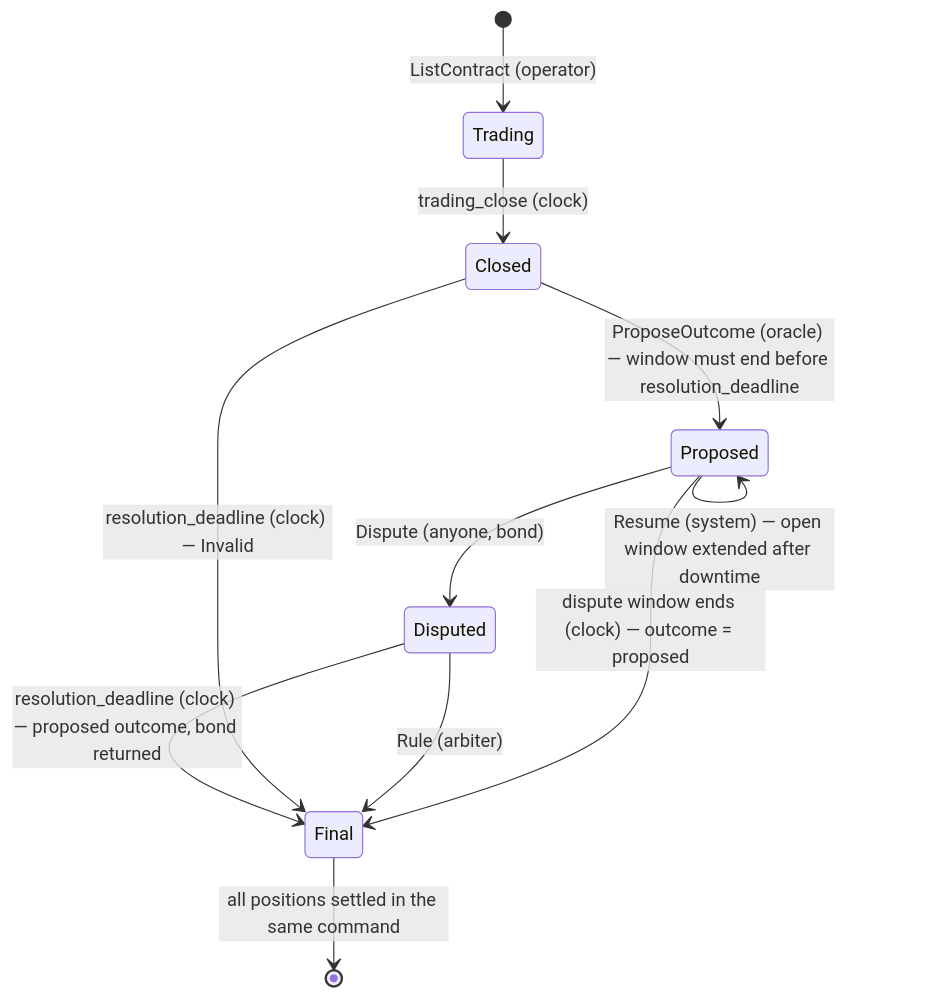
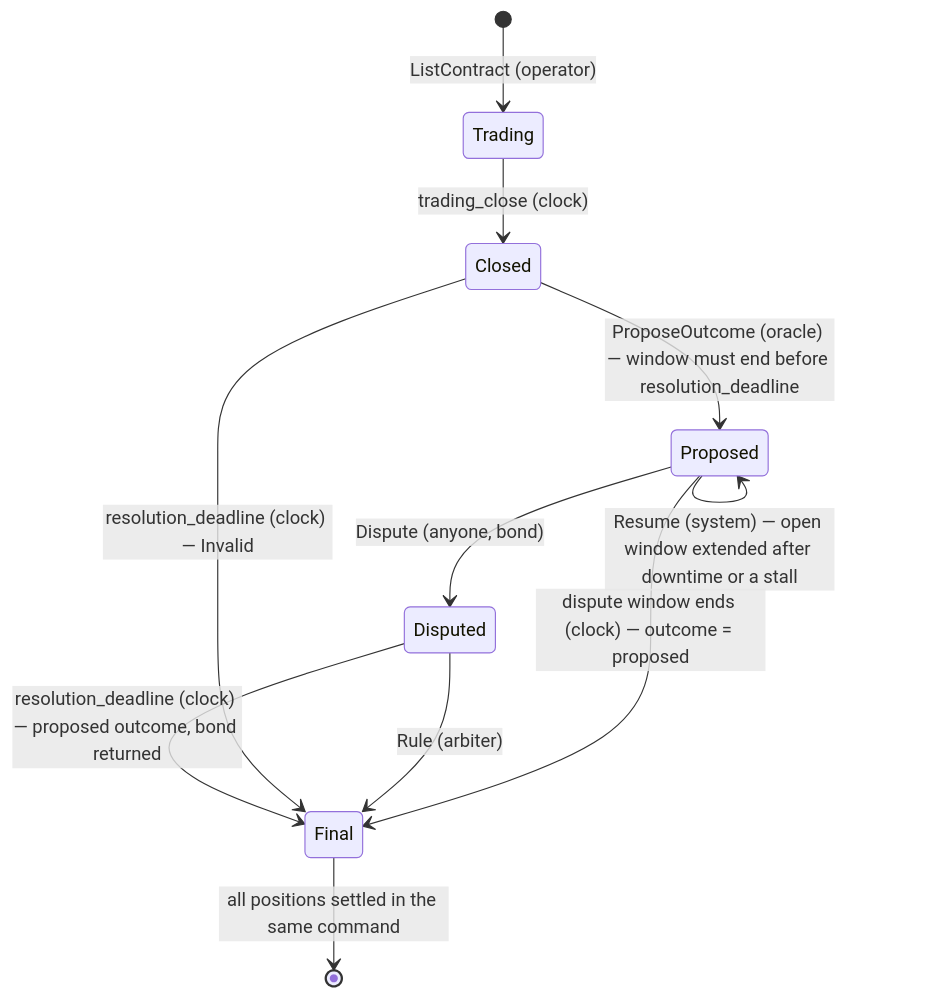
One commit to hmdsefi/rfq changed the third of 3 diagrams in docs/specs/engine.md. Above: the diagram before and after it, drawn with Mermaid. The commit also changed other lines of this file and 8 other files, not shown here.

````diff
--- a/docs/specs/engine.md
+++ b/docs/specs/engine.md
@@ -143,13 +143,13 @@
 ```mermaid
 stateDiagram-v2
   [*] --> Trading: ListContract (operator)
   Trading --> Closed: trading_close (clock)
   Closed --> Proposed: ProposeOutcome (oracle) — window must end before resolution_deadline
-  Proposed --> Proposed: Resume (system) — open window extended after downtime
+  Proposed --> Proposed: Resume (system) — open window extended after downtime or a stall
   Proposed --> Final: dispute window ends (clock) — outcome = proposed
   Proposed --> Disputed: Dispute (anyone, bond)
   Disputed --> Final: Rule (arbiter)
   Closed --> Final: resolution_deadline (clock) — Invalid
   Disputed --> Final: resolution_deadline (clock) — proposed outcome, bond returned
   Final --> [*]: all positions settled in the same command
 ```
````
